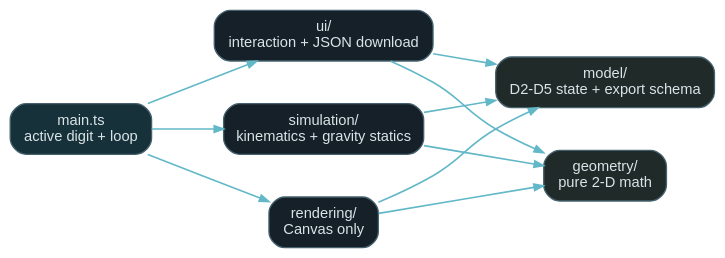
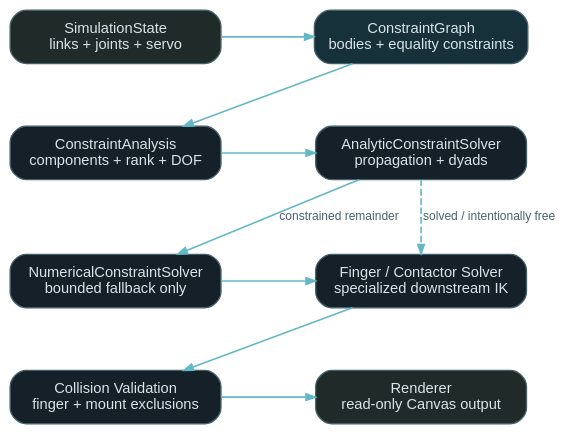
Before and after one commit to Neuro-Mechatronics-Interfaces/LinkageSimulator: the diagram in docs/architecture.dot, drawn with Graphviz. The commit also changed 27 other files, not shown here.

Commit message:
WIP: general constraint solver implementation

```diff
--- a/docs/architecture.dot
+++ b/docs/architecture.dot
@@ -1,22 +1,46 @@
 digraph LinkageSimulatorArchitecture {
-  graph [rankdir=LR, bgcolor="transparent", pad="0.2", nodesep="0.45", ranksep="0.65"];
-  node [shape=box, style="rounded,filled", fontname="Arial", fontsize=11, color="#45616d", fontcolor="#d9e4e8", fillcolor="#152028", margin="0.15,0.1"];
-  edge [color="#63b8c8", arrowsize=0.7, penwidth=1.2];
+  graph [
+    rankdir=TB,
+    bgcolor="transparent",
+    pad="0.22",
+    nodesep="0.48",
+    ranksep="0.62",
+    splines=polyline
+  ];
+  node [
+    shape=box,
+    style="rounded,filled",
+    fontname="Arial",
+    fontsize=11,
+    color="#45616d",
+    fontcolor="#d9e4e8",
+    fillcolor="#152028",
+    margin="0.16,0.11",
+    width=2.2
+  ];
+  edge [color="#63b8c8", fontname="Arial", fontsize=9, fontcolor="#45616d", arrowsize=0.7, penwidth=1.2];
 
-  main [label="main.ts\nactive digit + loop", fillcolor="#17313a"];
-  ui [label="ui/\ninteraction + JSON download"];
-  simulation [label="simulation/\nkinematics + gravity statics"];
-  rendering [label="rendering/\nCanvas only"];
-  model [label="model/\nD2-D5 state + export schema", fillcolor="#202b29"];
-  geometry [label="geometry/\npure 2-D math", fillcolor="#202b29"];
+  state [label="SimulationState\nlinks + joints + servo", fillcolor="#202b29"];
+  constraint_graph [label="ConstraintGraph\nbodies + equality constraints", fillcolor="#17313a"];
+  analysis [label="ConstraintAnalysis\ncomponents + rank + DOF"];
+  analytic [label="AnalyticConstraintSolver\npropagation + dyads"];
+  numerical [label="NumericalConstraintSolver\nbounded fallback only"];
+  contact [label="Finger / Contactor Solver\nspecialized downstream IK"];
+  collision [label="Collision Validation\nfinger + mount exclusions"];
+  renderer [label="Renderer\nread-only Canvas output", fillcolor="#202b29"];
 
-  main -> ui;
-  main -> simulation;
-  main -> rendering;
-  ui -> model;
-  ui -> geometry;
-  simulation -> model;
-  simulation -> geometry;
-  rendering -> model;
-  rendering -> geometry;
+  state -> constraint_graph [constraint=false];
+  constraint_graph -> analysis [constraint=false];
+  analysis -> analytic [constraint=false];
+  analytic -> numerical [constraint=false, label="constrained remainder"];
+  analytic -> contact [style=dashed, weight=20, label="solved / intentionally free"];
+  numerical -> contact [constraint=false];
+  contact -> collision [constraint=false];
+  collision -> renderer [constraint=false];
+
+  state -> analysis [style=invis, weight=20];
+  analysis -> numerical [style=invis, weight=20];
+  numerical -> collision [style=invis, weight=20];
+  constraint_graph -> analytic [style=invis, weight=20];
+  contact -> renderer [style=invis, weight=20];
 }
```
